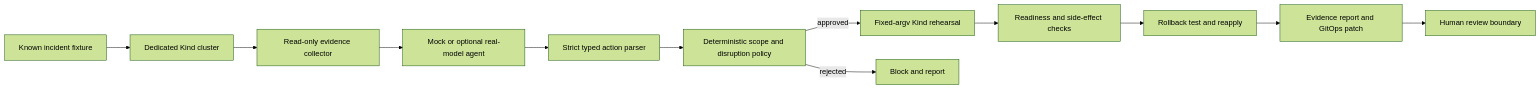
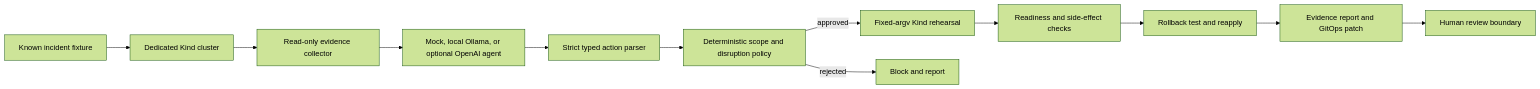
One commit to vamshiKnemuri/opsproof changed the diagram in docs/architecture.md. Above: the diagram before and after it, drawn with Mermaid (forest theme). The commit also changed other lines of this file and 7 other files, not shown here.

````diff
--- a/docs/architecture.md
+++ b/docs/architecture.md
@@ -3,14 +3,14 @@
 ```mermaid
 flowchart LR
     F[Known incident fixture] --> K[Dedicated Kind cluster]
     K --> E[Read-only evidence collector]
-    E --> A[Mock or optional real-model agent]
+    E --> A[Mock, local Ollama, or optional OpenAI agent]
     A --> T[Strict typed action parser]
     T --> P[Deterministic scope and disruption policy]
     P -->|approved| R[Fixed-argv Kind rehearsal]
     P -->|rejected| X[Block and report]
     R --> V[Readiness and side-effect checks]
     V --> B[Rollback test and reapply]
     B --> O[Evidence report and GitOps patch]
     O --> H[Human review boundary]
 ```
````
